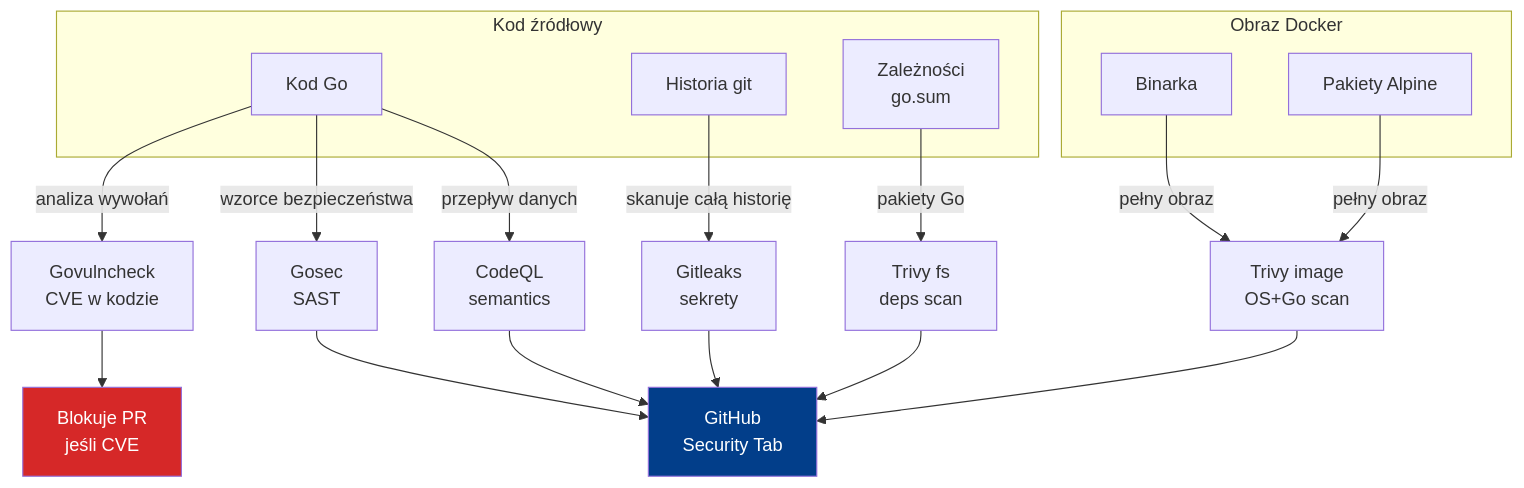
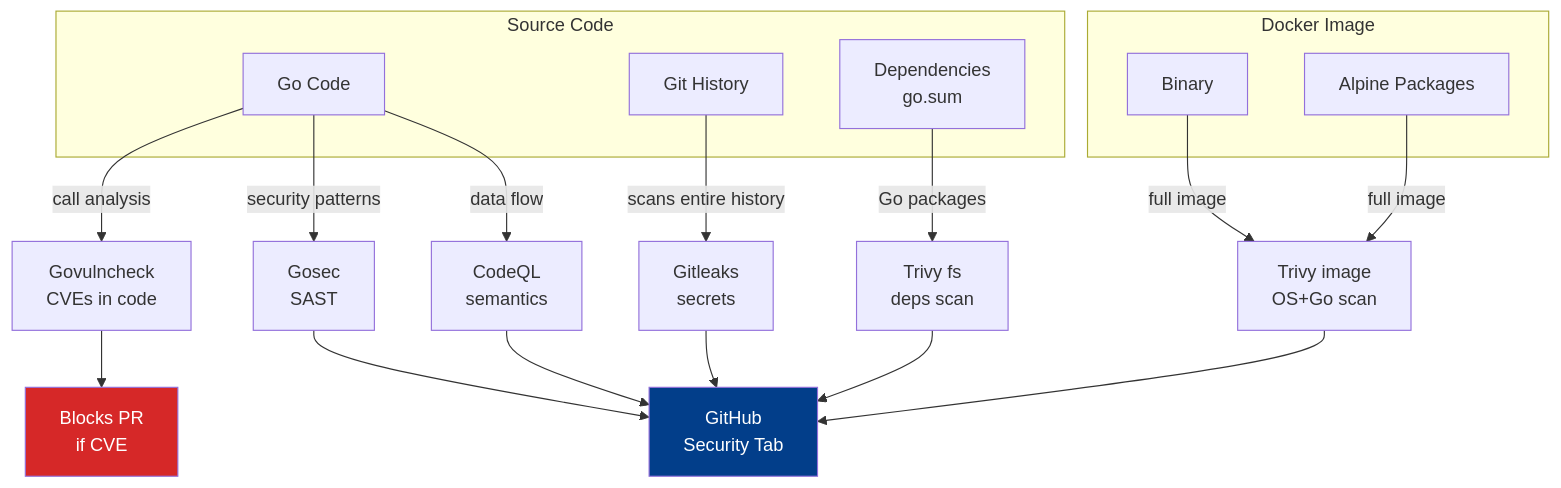
Before and after one commit to dzaczek/IcingaAlertingForge: the third of 6 diagrams in docs/testing-pipeline.md, drawn with Mermaid. The commit also changed other lines of this file and 8 other files, not shown here.

First line of the commit message:
fix(security): resolve all open Code Scanning alerts (HIGH + LOW)

````diff
--- a/docs/testing-pipeline.md
+++ b/docs/testing-pipeline.md
@@ -432,30 +432,30 @@
 ```mermaid
 flowchart TD
-    subgraph SRC["Kod źródłowy"]
-        GO[Kod Go]
-        GIT_H[Historia git]
-        DEPS[Zależności\ngo.sum]
+    subgraph SRC["Source Code"]
+        GO[Go Code]
+        GIT_H[Git History]
+        DEPS[Dependencies\ngo.sum]
     end
 
-    subgraph IMG["Obraz Docker"]
-        BIN[Binarka]
-        OS_PKG[Pakiety Alpine]
+    subgraph IMG["Docker Image"]
+        BIN[Binary]
+        OS_PKG[Alpine Packages]
     end
 
-    GIT_H -->|skanuje całą historię| GITLEAKS[Gitleaks\nsekrety]
-    GO -->|analiza wywołań| GOVULN[Govulncheck\nCVE w kodzie]
-    GO -->|wzorce bezpieczeństwa| GOSEC[Gosec\nSAST]
-    GO -->|przepływ danych| CODEQL[CodeQL\nsemantics]
-    DEPS -->|pakiety Go| TRIVYFS[Trivy fs\ndeps scan]
-    BIN & OS_PKG -->|pełny obraz| TRIVYIMG[Trivy image\nOS+Go scan]
+    GIT_H -->|scans entire history| GITLEAKS[Gitleaks\nsecrets]
+    GO -->|call analysis| GOVULN[Govulncheck\nCVEs in code]
+    GO -->|security patterns| GOSEC[Gosec\nSAST]
+    GO -->|data flow| CODEQL[CodeQL\nsemantics]
+    DEPS -->|Go packages| TRIVYFS[Trivy fs\ndeps scan]
+    BIN & OS_PKG -->|full image| TRIVYIMG[Trivy image\nOS+Go scan]
 
     GITLEAKS --> SARIF[GitHub\nSecurity Tab]
-    GOVULN --> BLOCK[Blokuje PR\njeśli CVE]
+    GOVULN --> BLOCK[Blocks PR\nif CVE]
     GOSEC --> SARIF
     CODEQL --> SARIF
     TRIVYFS --> SARIF
     TRIVYIMG --> SARIF
 
     style BLOCK fill:#d62828,color:#fff
     style SARIF fill:#023e8a,color:#fff
 ```
````
